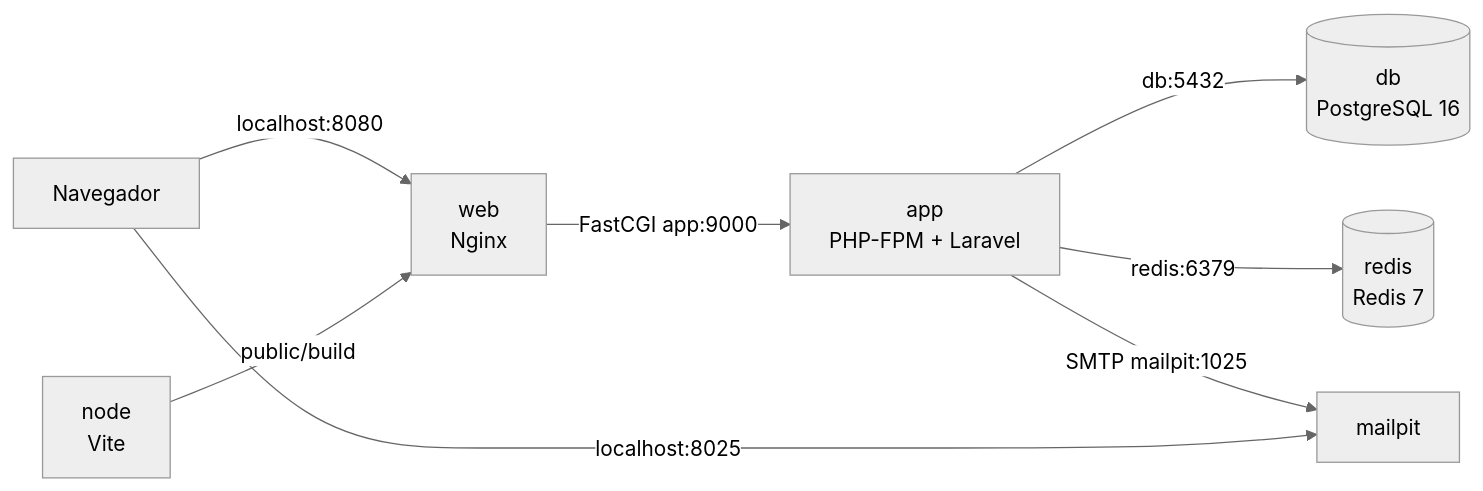
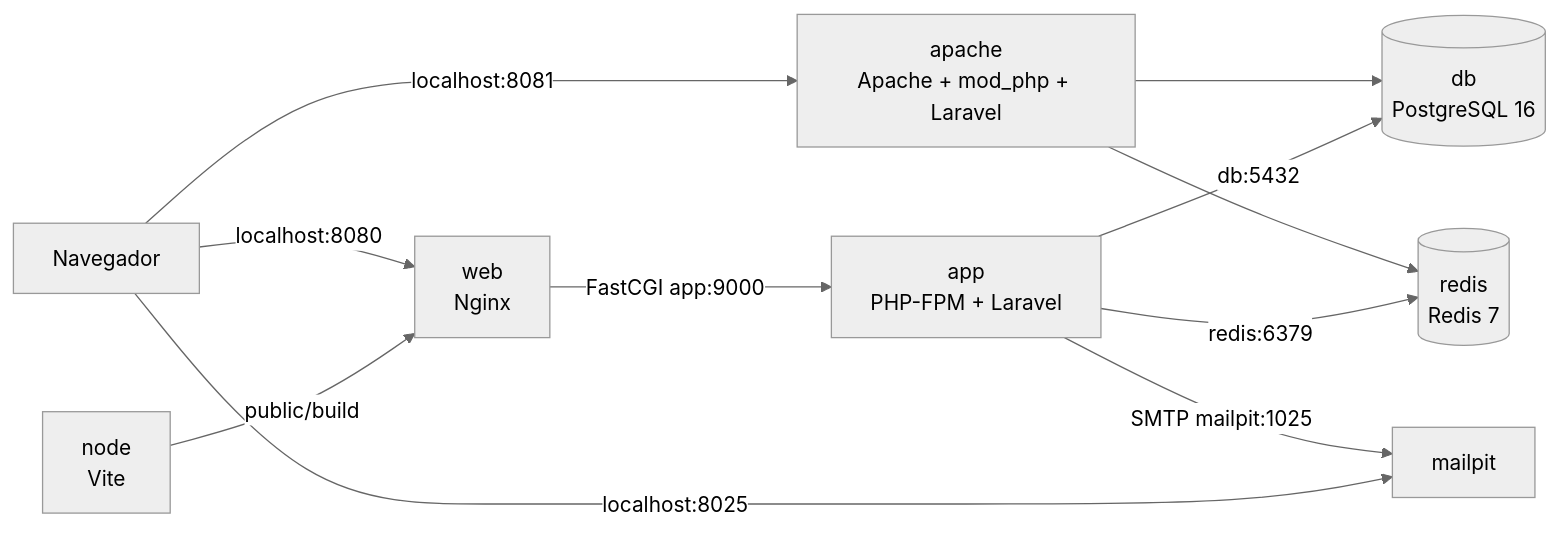
One commit to Pacotez12/agendturnos-prog4 changed the first of 4 diagrams in docs/arquitectura.md. Above: the diagram before and after it, drawn with Mermaid (neutral theme). The commit also changed other lines of this file and 7 other files, not shown here.

First line of the commit message:
feat(SCRUM-29): arquitectura B con Apache + mod_php (#14)

````diff
--- a/docs/arquitectura.md
+++ b/docs/arquitectura.md
@@ -70,10 +70,13 @@
 ```mermaid
 flowchart LR
     B[Navegador] -- "localhost:8080" --> W[web<br/>Nginx]
     W -- "FastCGI app:9000" --> A[app<br/>PHP-FPM + Laravel]
+    B -- "localhost:8081" --> AP[apache<br/>Apache + mod_php + Laravel]
+    AP --> D
+    AP --> R
     A -- "db:5432" --> D[(db<br/>PostgreSQL 16)]
     A -- "redis:6379" --> R[(redis<br/>Redis 7)]
     A -- "SMTP mailpit:1025" --> M[mailpit]
     B -- "localhost:8025" --> M
     N[node<br/>Vite] -- "public/build" --> W
 ```
````
